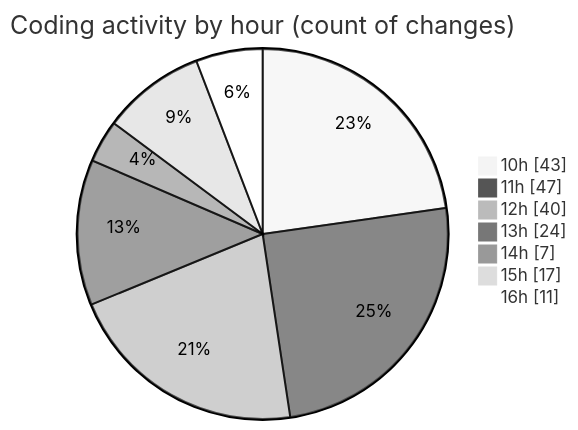
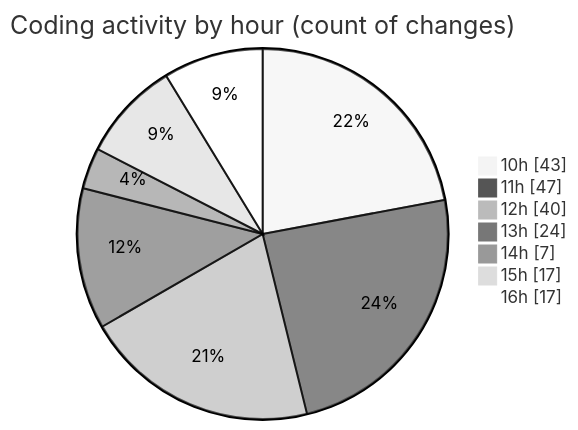
One commit to momahboobian/code-tracking changed the second of 2 diagrams in 2025-02-10/cda/README.md. Above: the diagram before and after it, drawn with Mermaid (neutral theme). The commit also changed other lines of this file and 1 other file, not shown here.

````diff
--- a/2025-02-10/cda/README.md
+++ b/2025-02-10/cda/README.md
@@ -35,11 +35,11 @@
 ```mermaid
 pie showData
 title Coding activity by hour (count of changes)
 "10h" : 43
 "11h" : 47
 "12h" : 40
 "13h" : 24
 "14h" : 7
 "15h" : 17
-"16h" : 11
+"16h" : 17
 ```
````
